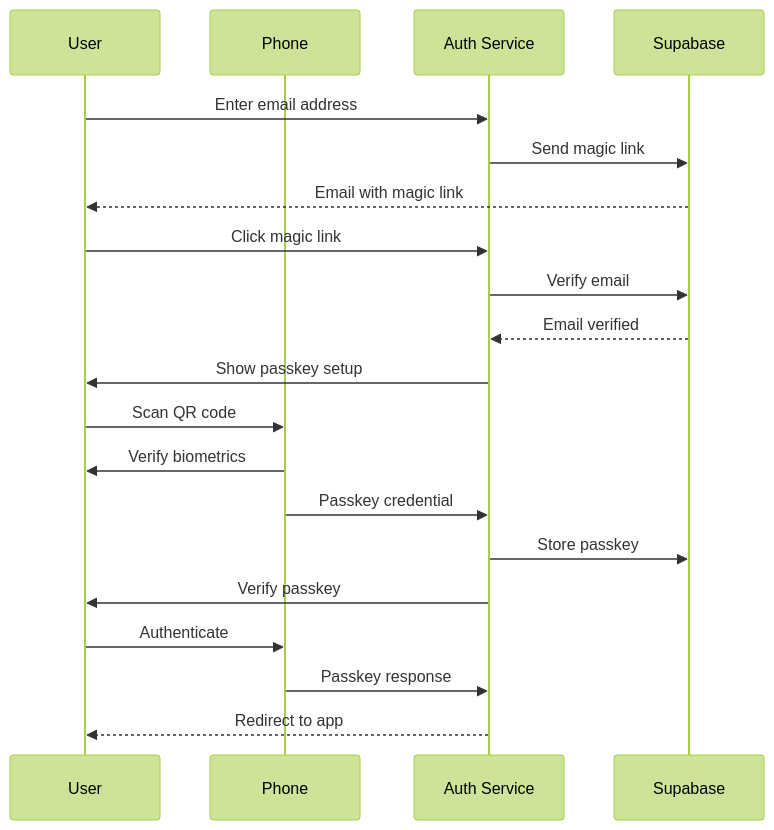
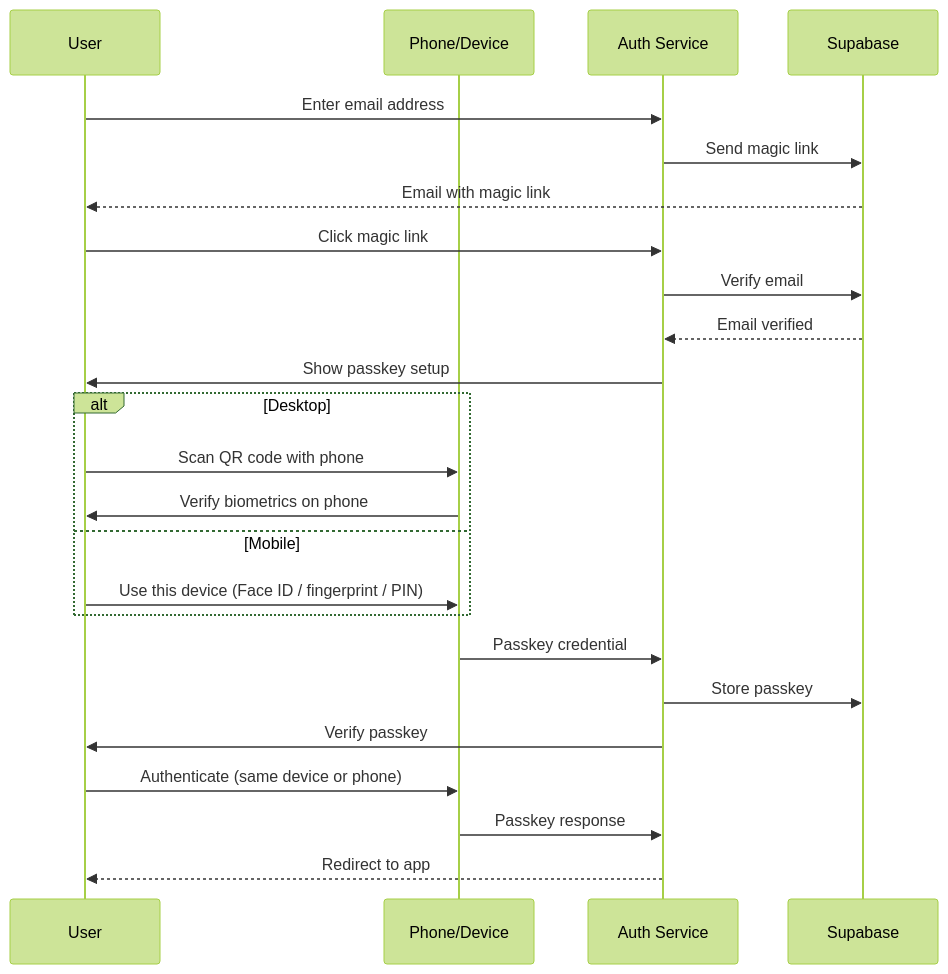
One commit to CasparRubin/helvety-auth changed the first of 2 diagrams in README.md. Above: the diagram before and after it, drawn with Mermaid (forest theme). The commit also changed other lines of this file and 27 other files, not shown here.

First line of the commit message:
fix(auth): device-aware passkey flow for mobile and desktop

````diff
--- a/README.md
+++ b/README.md
@@ -35,23 +37,27 @@
 ```mermaid
 sequenceDiagram
     participant U as User
-    participant P as Phone
+    participant P as Phone/Device
     participant A as Auth Service
     participant S as Supabase
 
     U->>A: Enter email address
     A->>S: Send magic link
     S-->>U: Email with magic link
     U->>A: Click magic link
     A->>S: Verify email
     S-->>A: Email verified
     A->>U: Show passkey setup
-    U->>P: Scan QR code
-    P->>U: Verify biometrics
+    alt Desktop
+      U->>P: Scan QR code with phone
+      P->>U: Verify biometrics on phone
+    else Mobile
+      U->>P: Use this device (Face ID / fingerprint / PIN)
+    end
     P->>A: Passkey credential
     A->>S: Store passkey
     A->>U: Verify passkey
-    U->>P: Authenticate
+    U->>P: Authenticate (same device or phone)
     P->>A: Passkey response
     A-->>U: Redirect to app
 ```
````
